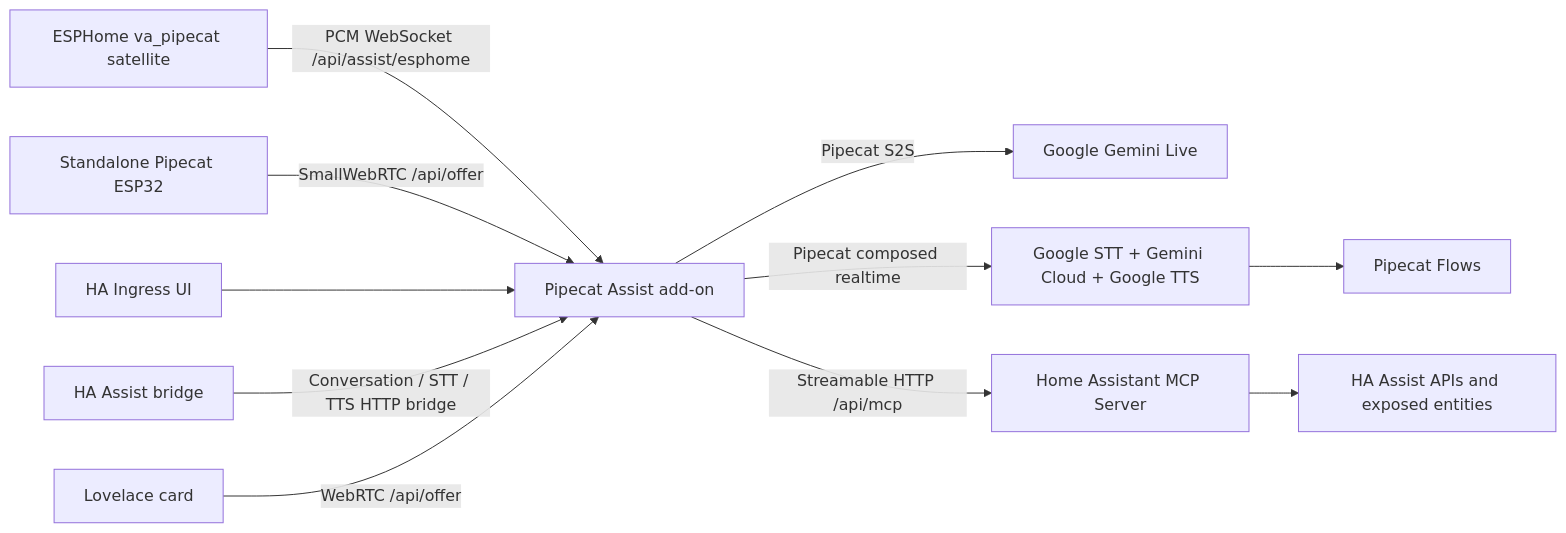
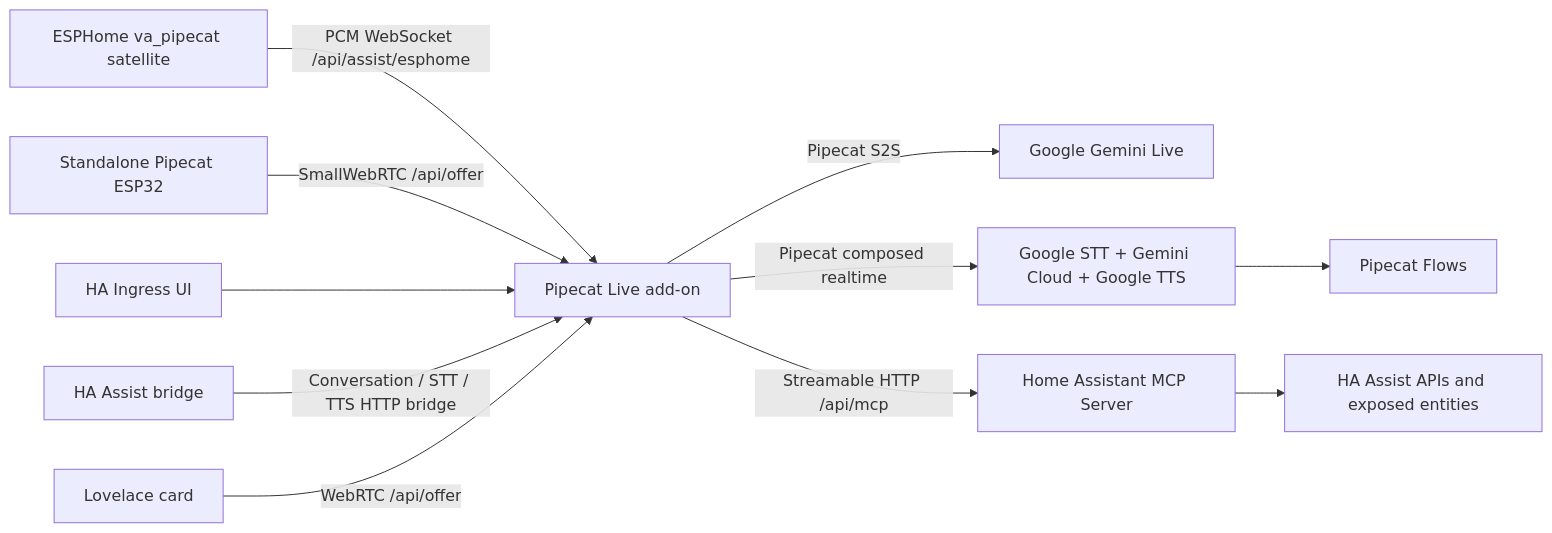
The diagram in README.md (cs-gergely04/pipecat-live), drawn with Mermaid before and after one commit. The commit also changed other lines of this file and 39 other files, not shown here.

Commit message:
feat: add Pipecat Live custom components, Home Assistant addons, and companion UI cards

````diff
--- a/README.md
+++ b/README.md
@@ -152,13 +152,13 @@
 ```mermaid
 flowchart LR
-    ESPHome["ESPHome va_pipecat satellite"] -->|"PCM WebSocket /api/assist/esphome"| Addon["Pipecat Assist add-on"]
+    ESPHome["ESPHome va_pipecat satellite"] -->|"PCM WebSocket /api/assist/esphome"| Addon["Pipecat Live add-on"]
     ESP32["Standalone Pipecat ESP32"] -->|"SmallWebRTC /api/offer"| Addon
     Browser["HA Ingress UI"] --> Addon
     HAConv["HA Assist bridge"] -->|"Conversation / STT / TTS HTTP bridge"| Addon
     Lovelace["Lovelace card"] -->|"WebRTC /api/offer"| Addon
     Addon -->|"Pipecat S2S"| Realtime["Google Gemini Live"]
     Addon -->|"Pipecat composed realtime"| Cascade["Google STT + Gemini Cloud + Google TTS"]
     Cascade --> Flow["Pipecat Flows"]
     Addon -->|"Streamable HTTP /api/mcp"| HAMCP["Home Assistant MCP Server"]
     HAMCP --> Assist["HA Assist APIs and exposed entities"]
 ```
````
